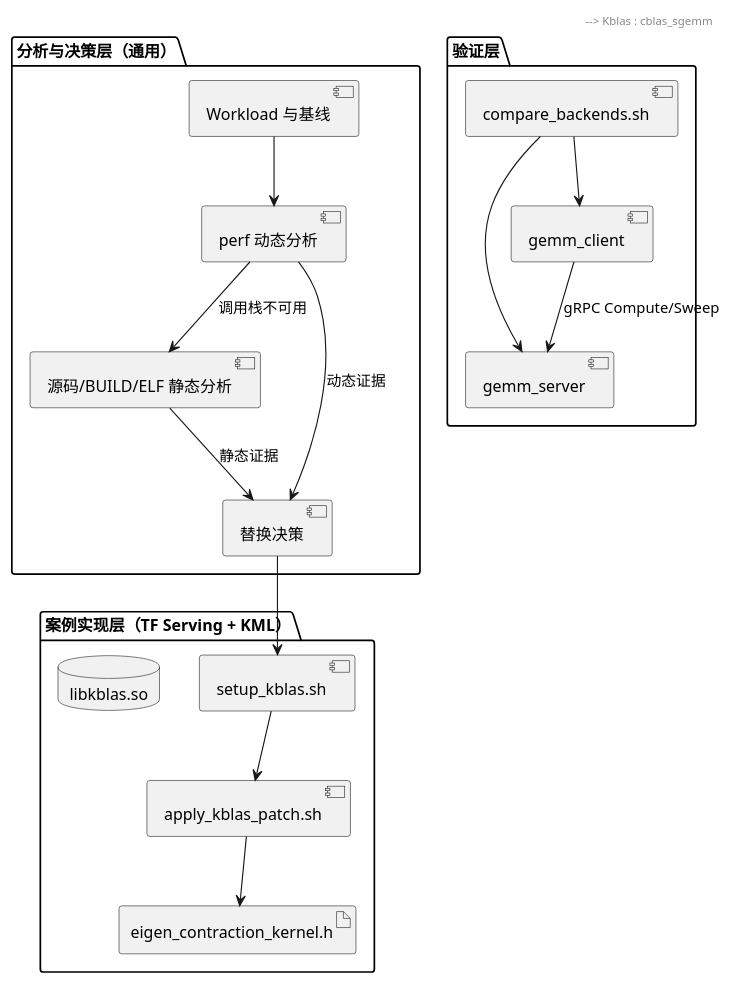
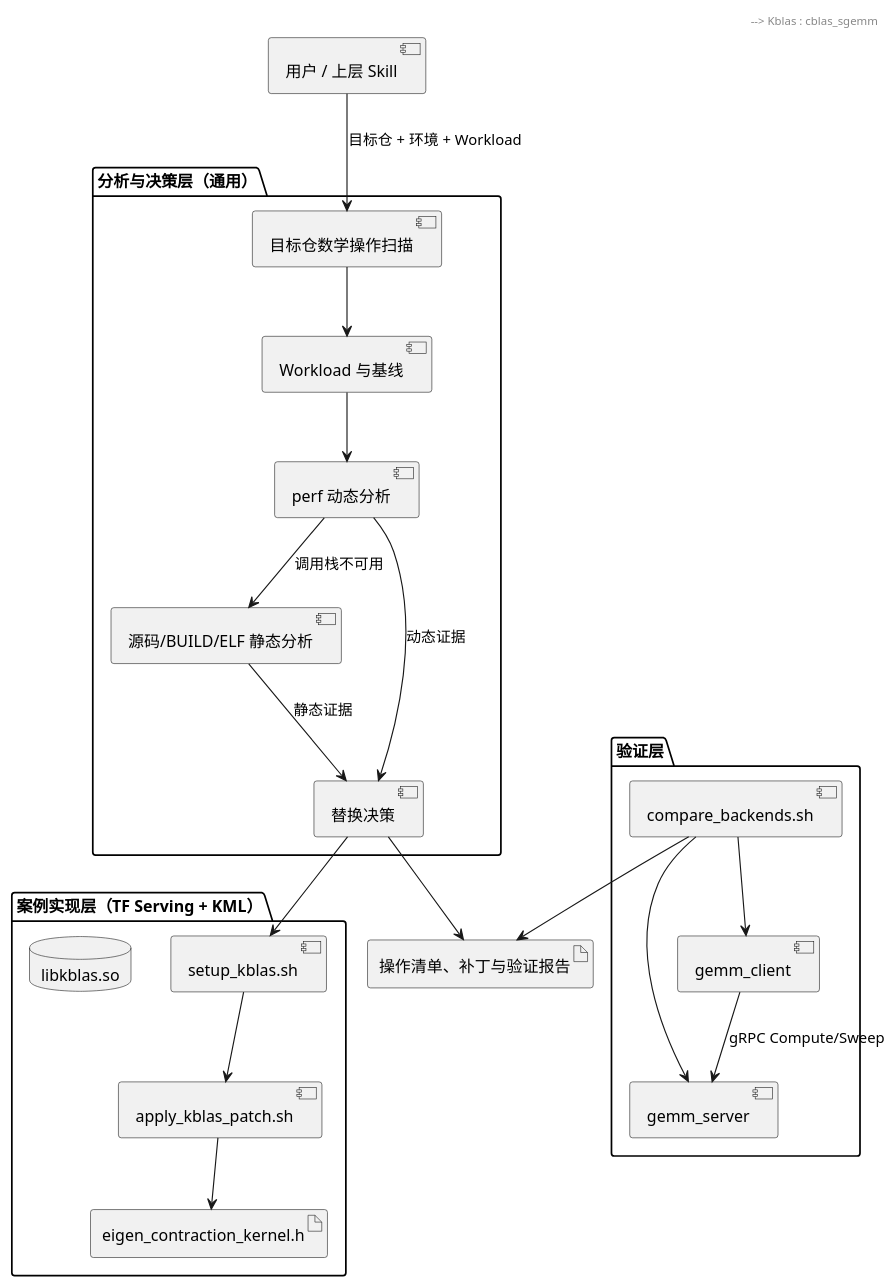
Before and after one commit to wlmnzf40/kblas-gemm-tuning: the second of 6 diagrams in references/detailed-design.md, drawn with PlantUML. The commit also changed other lines of this file, not shown here.

Commit message:
docs: clarify KML affinity skill purpose

````diff
--- a/references/detailed-design.md
+++ b/references/detailed-design.md
@@ -92,38 +113,46 @@
 ```plantuml
 @startuml
 skinparam defaultFontName "Microsoft YaHei"
 skinparam classAttributeIconSize 0
 
 package "分析与决策层（通用）" {
+  component "目标仓数学操作扫描" as Scan
   component "Workload 与基线" as Baseline
   component "perf 动态分析" as Perf
   component "源码/BUILD/ELF 静态分析" as Static
   component "替换决策" as Decision
 }
 
 package "案例实现层（TF Serving + KML）" {
   component "setup_kblas.sh" as Setup
   component "apply_kblas_patch.sh" as Patch
   artifact "eigen_contraction_kernel.h" as Header
   database "libkblas.so" as Kblas
 }
 
 package "验证层" {
   component "gemm_server" as Server
   component "gemm_client" as Client
   component "compare_backends.sh" as Compare
 }
 
+component "用户 / 上层 Skill" as Caller
+artifact "操作清单、补丁与验证报告" as Result
+
+Caller --> Scan : 目标仓 + 环境 + Workload
+Scan --> Baseline
 Baseline --> Perf
 Perf --> Decision : 动态证据
 Perf --> Static : 调用栈不可用
 Static --> Decision : 静态证据
 Decision --> Setup
 Setup --> Patch
 Patch --> Header
 Header --> Kblas : cblas_sgemm
 Compare --> Server
 Compare --> Client
 Client --> Server : gRPC Compute/Sweep
+Decision --> Result
+Compare --> Result
 @enduml
 ```
````
